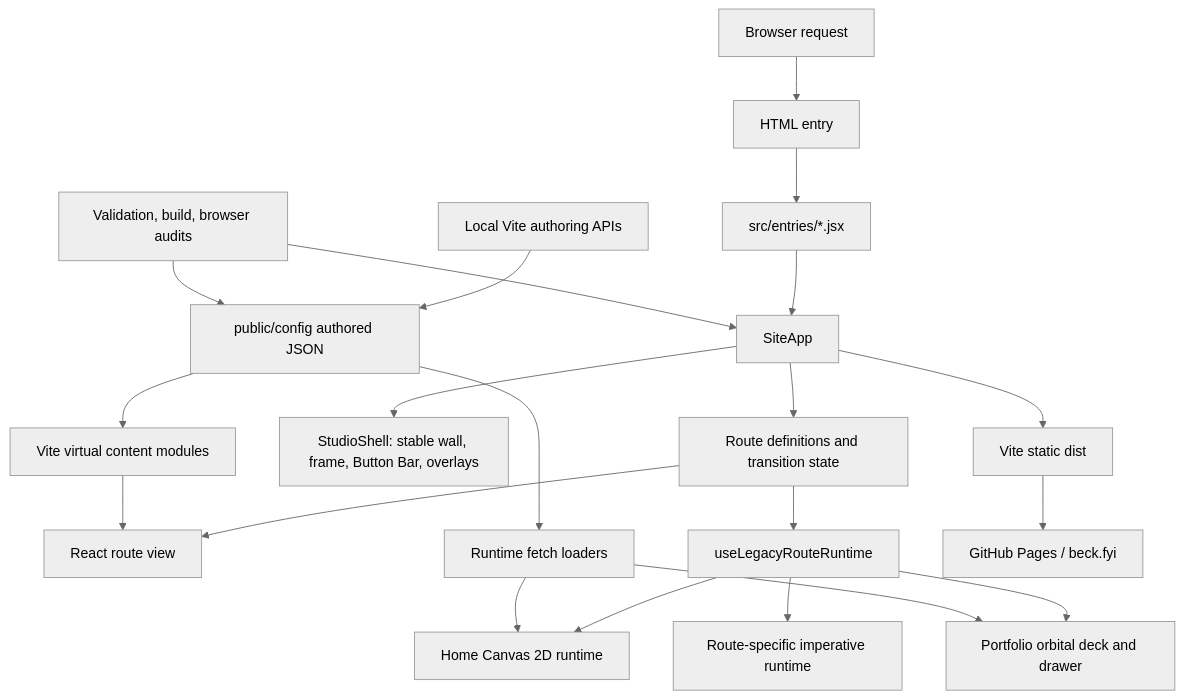
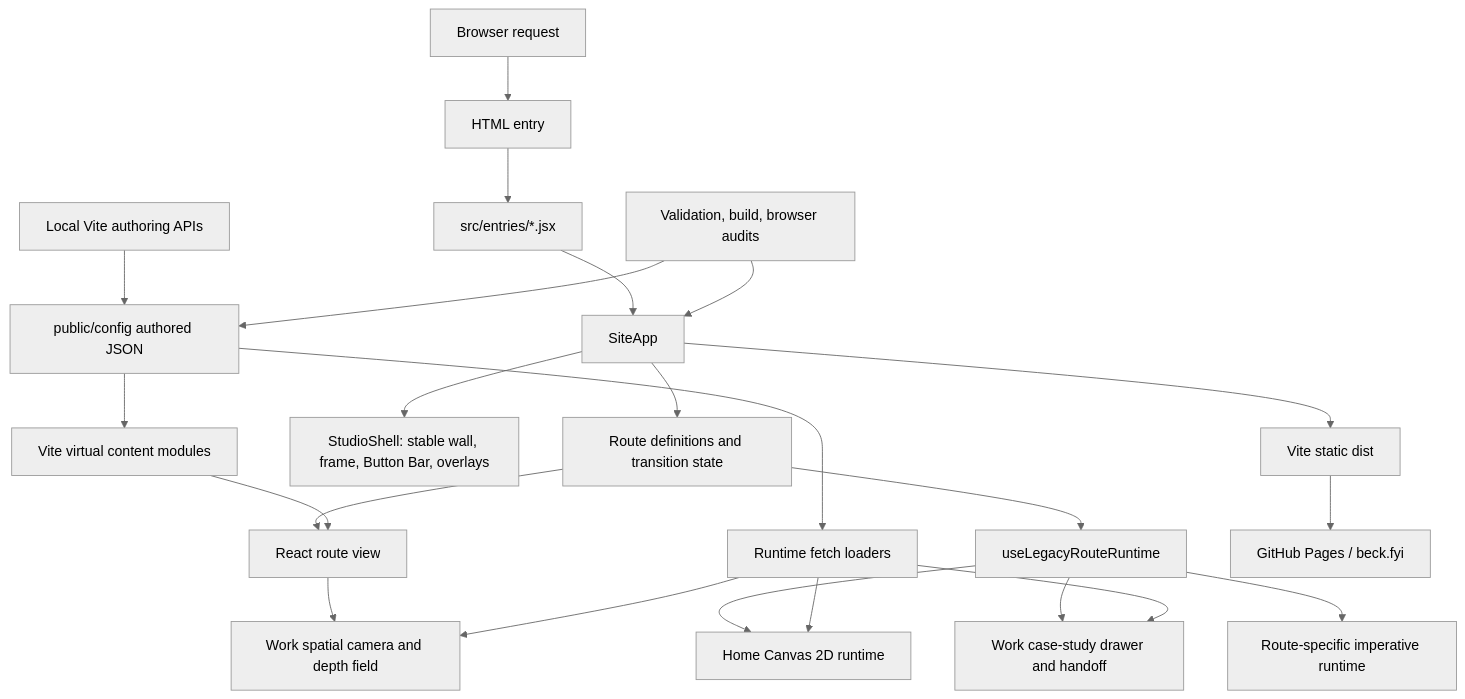
One commit to becktothefuture/Alexander-Beck-Studio changed the first of 3 diagrams in docs/codebase-map.md. Above: the diagram before and after it, drawn with Mermaid (neutral theme). The commit also changed other lines of this file and 25 other files, not shown here.

````diff
--- a/docs/codebase-map.md
+++ b/docs/codebase-map.md
@@ -15,23 +16,25 @@
 ```mermaid
 flowchart TD
     Browser["Browser request"] --> Html["HTML entry"]
     Html --> Entry["src/entries/*.jsx"]
     Entry --> SiteApp["SiteApp"]
     SiteApp --> Router["Route definitions and transition state"]
     SiteApp --> Shell["StudioShell: stable wall, frame, Button Bar, overlays"]
     Router --> View["React route view"]
     Router --> Bridge["useLegacyRouteRuntime"]
     Bridge --> HomeRuntime["Home Canvas 2D runtime"]
-    Bridge --> PortfolioRuntime["Portfolio orbital deck and drawer"]
+    Bridge --> WorkPresentation["Work case-study drawer and handoff"]
+    View --> WorkSpatial["Work spatial camera and depth field"]
     Bridge --> OtherRuntime["Route-specific imperative runtime"]
     Config["public/config authored JSON"] --> Virtual["Vite virtual content modules"]
     Config --> Fetch["Runtime fetch loaders"]
     Virtual --> View
     Fetch --> HomeRuntime
-    Fetch --> PortfolioRuntime
+    Fetch --> WorkPresentation
+    Fetch --> WorkSpatial
     DevApi["Local Vite authoring APIs"] --> Config
     Scripts["Validation, build, browser audits"] --> SiteApp
     Scripts --> Config
     SiteApp --> Dist["Vite static dist"]
     Dist --> Pages["GitHub Pages / beck.fyi"]
 ```
````
